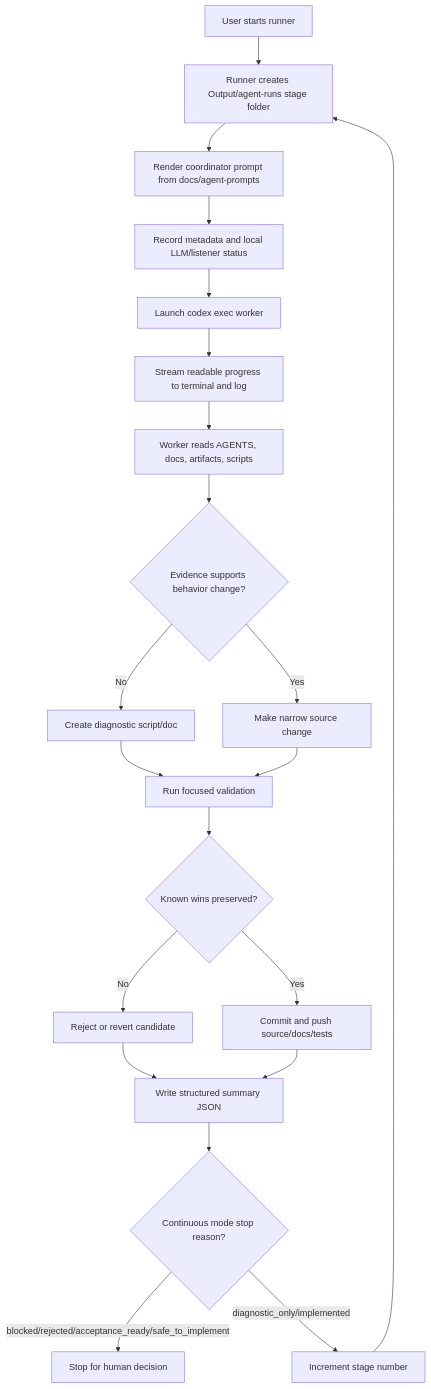
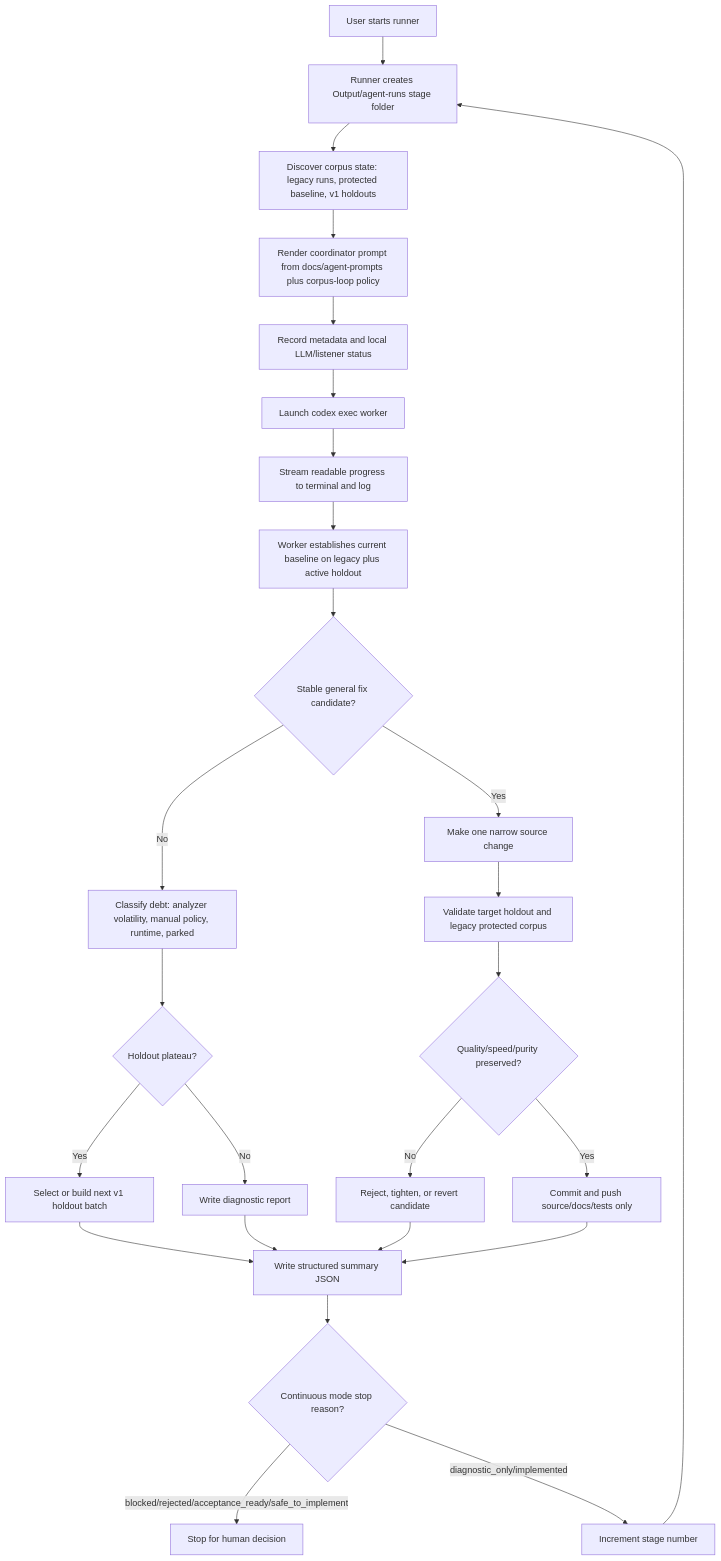
Before and after one commit to fourtytwo42/PDFAF_v2: the first of 4 diagrams in docs/codex-stage-flow.md, drawn with Mermaid. The commit also changed other lines of this file and 1 other file, not shown here.

Commit message:
Align evolve runner with corpus loop

````diff
--- a/docs/codex-stage-flow.md
+++ b/docs/codex-stage-flow.md
@@ -3,23 +3,28 @@
 ```mermaid
 flowchart TD
   A[User starts runner] --> B[Runner creates Output/agent-runs stage folder]
-  B --> C[Render coordinator prompt from docs/agent-prompts]
-  C --> D[Record metadata and local LLM/listener status]
-  D --> E[Launch codex exec worker]
-  E --> F[Stream readable progress to terminal and log]
-  F --> G[Worker reads AGENTS, docs, artifacts, scripts]
-  G --> H{Evidence supports behavior change?}
-  H -- No --> I[Create diagnostic script/doc]
-  H -- Yes --> J[Make narrow source change]
-  I --> K[Run focused validation]
-  J --> K
-  K --> L{Known wins preserved?}
-  L -- No --> M[Reject or revert candidate]
-  L -- Yes --> N[Commit and push source/docs/tests]
-  M --> O[Write structured summary JSON]
-  N --> O
-  O --> P{Continuous mode stop reason?}
-  P -- blocked/rejected/acceptance_ready/safe_to_implement --> Q[Stop for human decision]
-  P -- diagnostic_only/implemented --> R[Increment stage number]
-  R --> B
+  B --> C[Discover corpus state: legacy runs, protected baseline, v1 holdouts]
+  C --> D[Render coordinator prompt from docs/agent-prompts plus corpus-loop policy]
+  D --> E[Record metadata and local LLM/listener status]
+  E --> F[Launch codex exec worker]
+  F --> G[Stream readable progress to terminal and log]
+  G --> H[Worker establishes current baseline on legacy plus active holdout]
+  H --> I{Stable general fix candidate?}
+  I -- No --> J[Classify debt: analyzer volatility, manual policy, runtime, parked]
+  J --> K{Holdout plateau?}
+  K -- Yes --> L[Select or build next v1 holdout batch]
+  K -- No --> M[Write diagnostic report]
+  I -- Yes --> N[Make one narrow source change]
+  N --> O[Validate target holdout and legacy protected corpus]
+  L --> P[Write structured summary JSON]
+  M --> P
+  O --> Q{Quality/speed/purity preserved?}
+  Q -- No --> R[Reject, tighten, or revert candidate]
+  Q -- Yes --> S[Commit and push source/docs/tests only]
+  R --> P
+  S --> P
+  P --> T{Continuous mode stop reason?}
+  T -- blocked/rejected/acceptance_ready/safe_to_implement --> U[Stop for human decision]
+  T -- diagnostic_only/implemented --> V[Increment stage number]
+  V --> B
 ```
````
